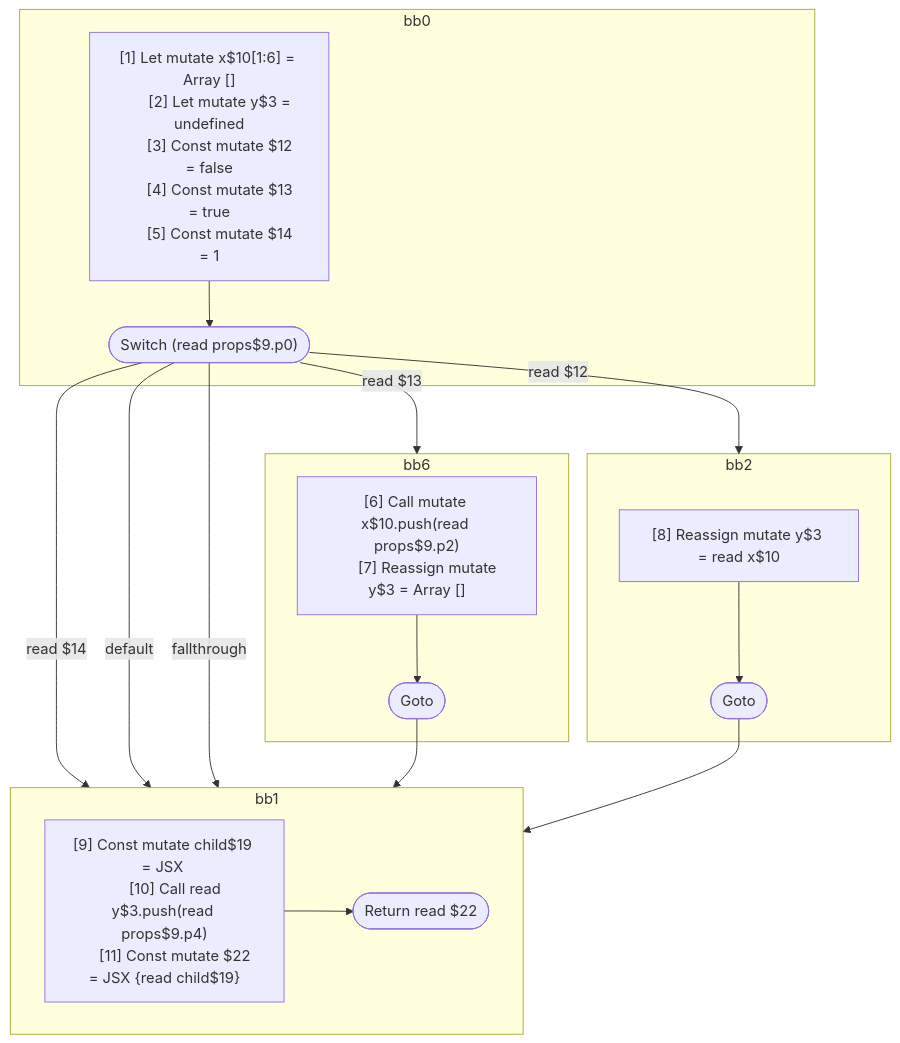
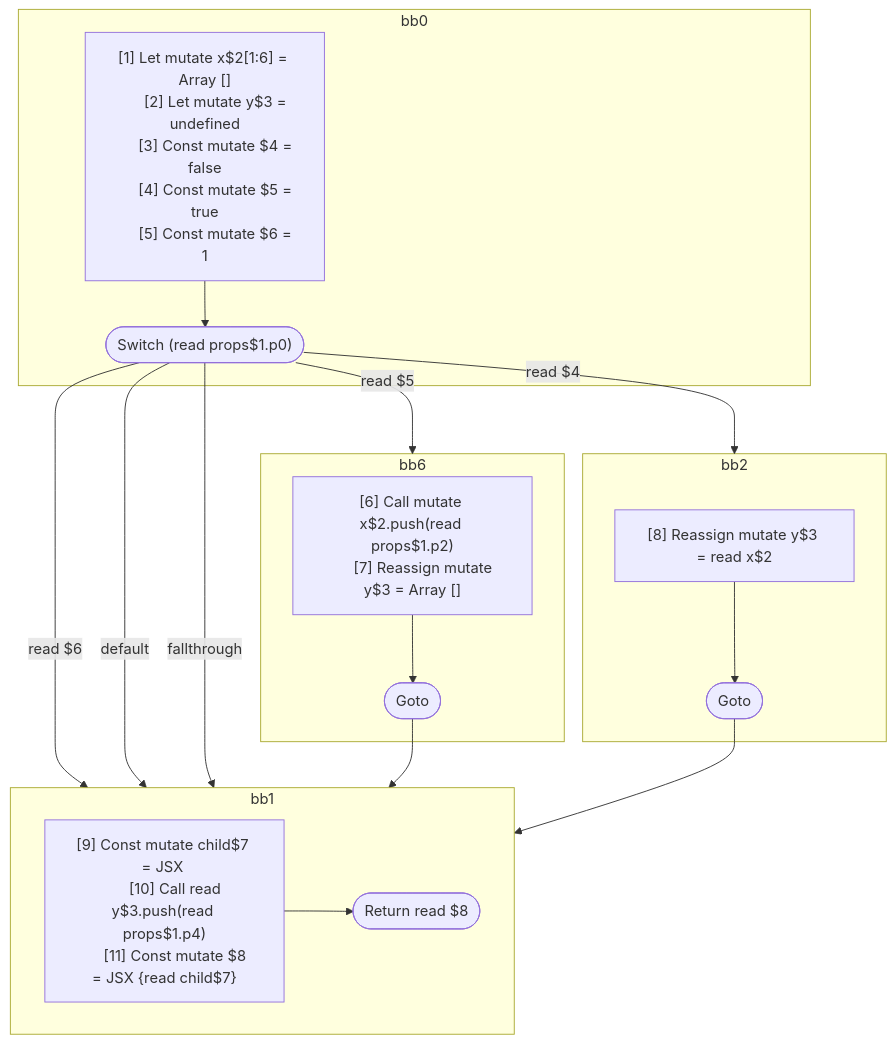
One commit to wutsmog/private changed the diagram in compiler/forget/src/__tests__/fixtures/hir/switch-non-final-default.expect.md. Above: the diagram before and after it, drawn with Mermaid. The commit also changed other lines of this file and 57 other files, not shown here.

````diff
--- a/compiler/forget/src/__tests__/fixtures/hir/switch-non-final-default.expect.md
+++ b/compiler/forget/src/__tests__/fixtures/hir/switch-non-final-default.expect.md
@@ -64,45 +64,45 @@
 ```mermaid
 flowchart TB
   %% Basic Blocks
   subgraph bb0
     bb0_instrs["
-      [1] Let mutate x$10[1:6] = Array []
+      [1] Let mutate x$2[1:6] = Array []
       [2] Let mutate y$3 = undefined
-      [3] Const mutate $12 = false
-      [4] Const mutate $13 = true
-      [5] Const mutate $14 = 1
+      [3] Const mutate $4 = false
+      [4] Const mutate $5 = true
+      [5] Const mutate $6 = 1
     "]
-    bb0_instrs --> bb0_terminal(["Switch (read props$9.p0)"])
+    bb0_instrs --> bb0_terminal(["Switch (read props$1.p0)"])
   end
   subgraph bb6
     bb6_instrs["
-      [6] Call mutate x$10.push(read props$9.p2)
+      [6] Call mutate x$2.push(read props$1.p2)
       [7] Reassign mutate y$3 = Array []
     "]
     bb6_instrs --> bb6_terminal(["Goto"])
   end
   subgraph bb2
     bb2_instrs["
-      [8] Reassign mutate y$3 = read x$10
+      [8] Reassign mutate y$3 = read x$2
     "]
     bb2_instrs --> bb2_terminal(["Goto"])
   end
   subgraph bb1
     bb1_instrs["
-      [9] Const mutate child$19 = JSX <read Component$0 data={freeze x$10} ></read Component$0>
-      [10] Call read y$3.push(read props$9.p4)
-      [11] Const mutate $22 = JSX <read Component$0 data={freeze y$3} >{read child$19}</read Component$0>
+      [9] Const mutate child$7 = JSX <read Component$0 data={freeze x$2} ></read Component$0>
+      [10] Call read y$3.push(read props$1.p4)
+      [11] Const mutate $8 = JSX <read Component$0 data={freeze y$3} >{read child$7}</read Component$0>
     "]
-    bb1_instrs --> bb1_terminal(["Return read $22"])
+    bb1_instrs --> bb1_terminal(["Return read $8"])
   end
 
   %% Jumps
-  bb0_terminal -- read $14 --> bb1
-  bb0_terminal -- read $13 --> bb6
+  bb0_terminal -- read $6 --> bb1
+  bb0_terminal -- read $5 --> bb6
   bb0_terminal -- default --> bb1
-  bb0_terminal -- read $12 --> bb2
+  bb0_terminal -- read $4 --> bb2
   bb0_terminal -- fallthrough --> bb1
   bb6_terminal --> bb1
   bb2_terminal --> bb1
 
 ```
````
